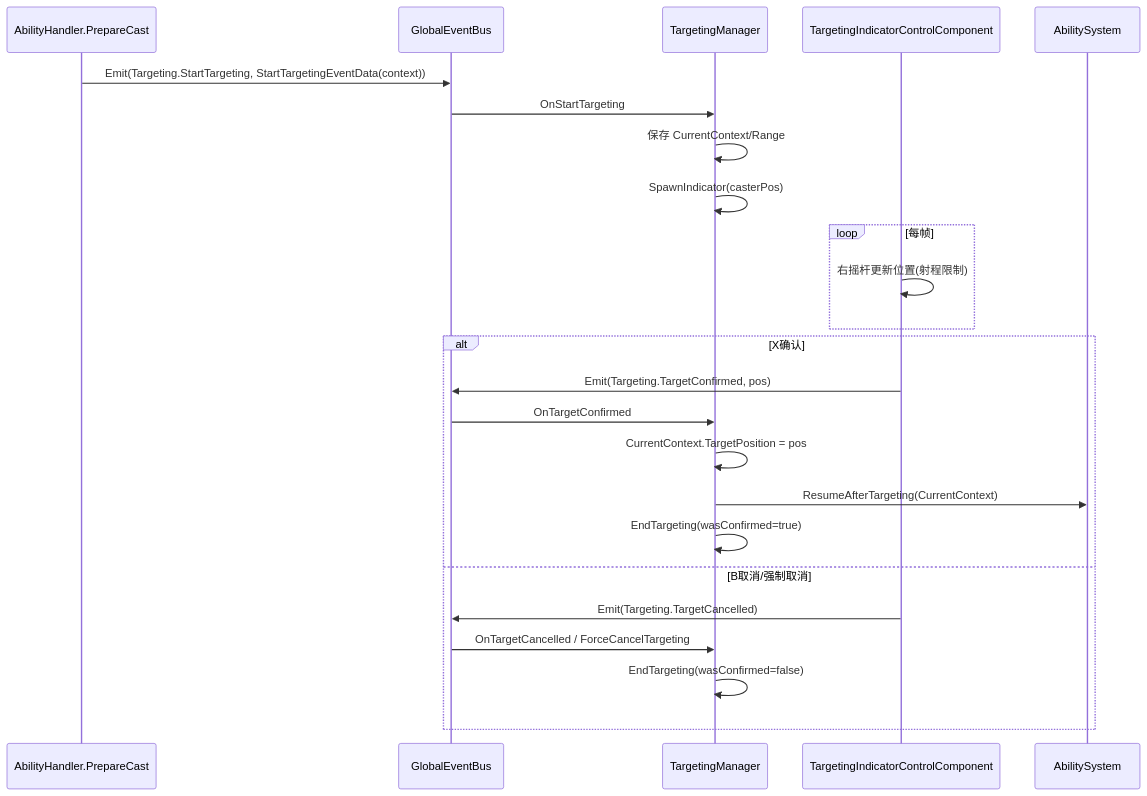
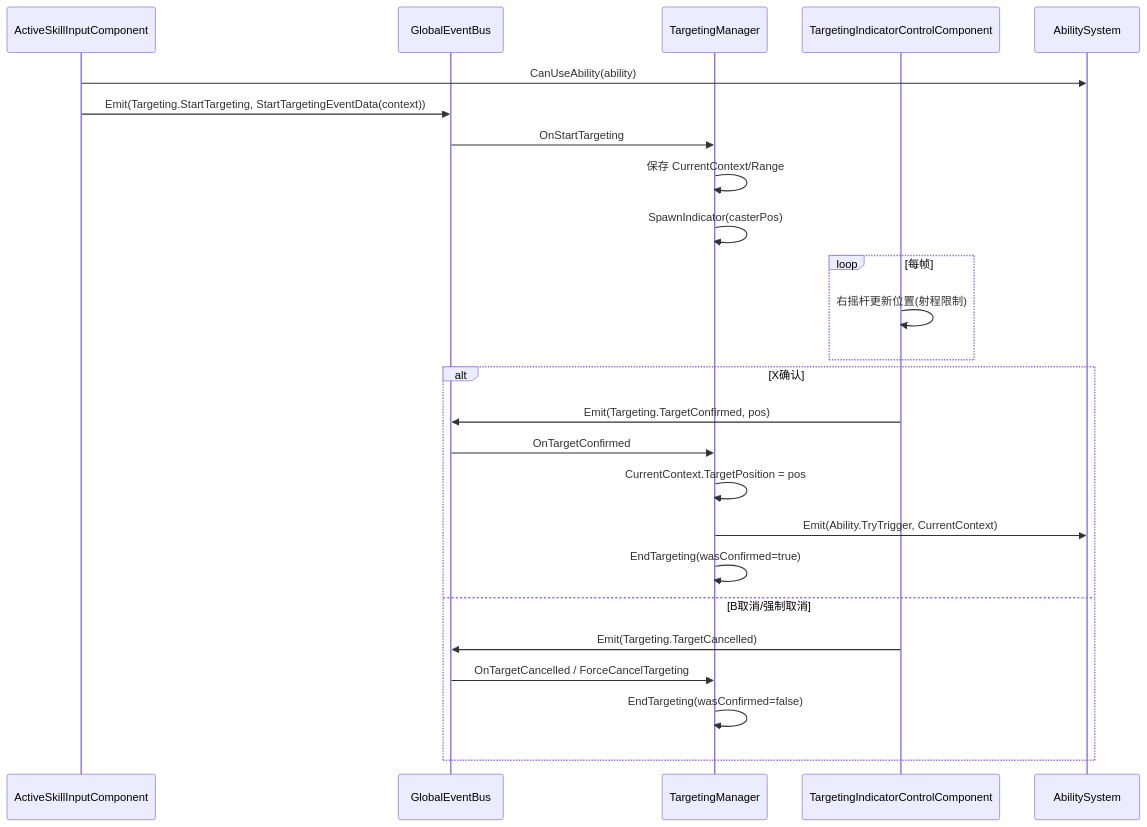
The diagram in Src/ECS/Base/System/TargetingSystem/README.md (alading-2/SLimeAI-GodotC-ECS), drawn with Mermaid before and after one commit. The commit also changed other lines of this file and 35 other files, not shown here.

````diff
--- a/Src/ECS/Base/System/TargetingSystem/README.md
+++ b/Src/ECS/Base/System/TargetingSystem/README.md
@@ -45,29 +45,30 @@
 ```mermaid
 sequenceDiagram
-    participant AH as AbilityHandler.PrepareCast
+    participant Input as ActiveSkillInputComponent
     participant GB as GlobalEventBus
     participant TM as TargetingManager
     participant TI as TargetingIndicatorControlComponent
     participant AS as AbilitySystem
 
-    AH->>GB: Emit(Targeting.StartTargeting, StartTargetingEventData(context))
+    Input->>AS: CanUseAbility(ability)
+    Input->>GB: Emit(Targeting.StartTargeting, StartTargetingEventData(context))
     GB->>TM: OnStartTargeting
     TM->>TM: 保存 CurrentContext/Range
     TM->>TM: SpawnIndicator(casterPos)
 
     loop 每帧
         TI->>TI: 右摇杆更新位置(射程限制)
     end
 
     alt X确认
         TI->>GB: Emit(Targeting.TargetConfirmed, pos)
         GB->>TM: OnTargetConfirmed
         TM->>TM: CurrentContext.TargetPosition = pos
-        TM->>AS: ResumeAfterTargeting(CurrentContext)
+        TM->>AS: Emit(Ability.TryTrigger, CurrentContext)
         TM->>TM: EndTargeting(wasConfirmed=true)
     else B取消/强制取消
         TI->>GB: Emit(Targeting.TargetCancelled)
         GB->>TM: OnTargetCancelled / ForceCancelTargeting
         TM->>TM: EndTargeting(wasConfirmed=false)
     end
 ```
````
